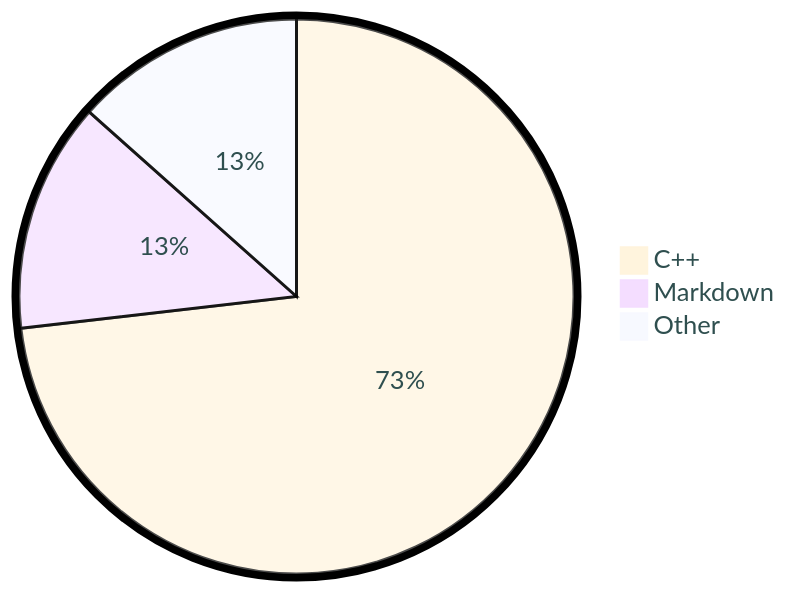
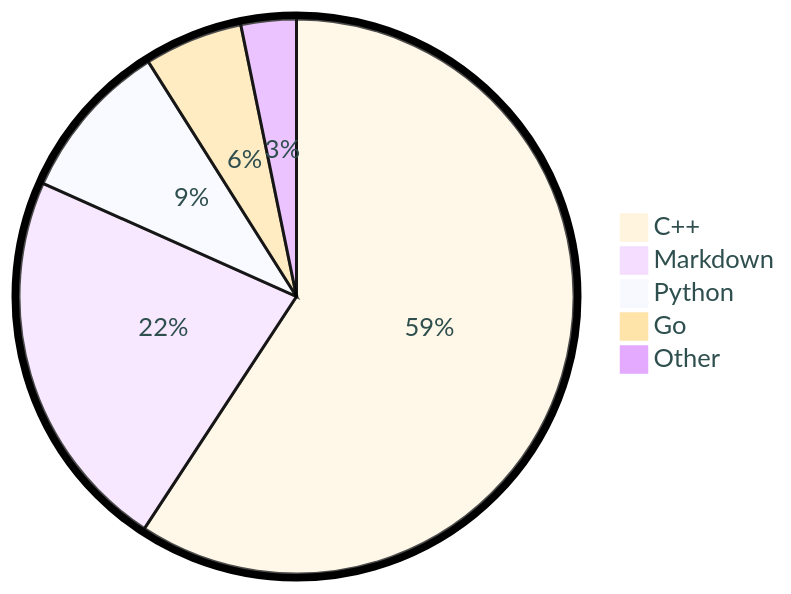
Before and after one commit to tot0p/tot0p: the diagram in README.md, drawn with Mermaid. The commit also changed other lines of this file, not shown here.

````diff
--- a/README.md
+++ b/README.md
@@ -79,7 +79,9 @@
 ```mermaid
 %%{init: {"pie": {"textPosition": 0.5}, "themeVariables": {"pieOuterStrokeWidth": "5px","primaryTextColor" : "#2F4F4F"},"theme":"base"} }%%
 pie
-	"C++": 73.16
-	"Markdown": 13.4
-	"Other": 13.420000000000002
+	"C++": 59.23
+	"Markdown": 22.44
+	"Python": 9.36
+	"Go": 5.74
+	"Other": 3.2199999999999993
 ```
````
